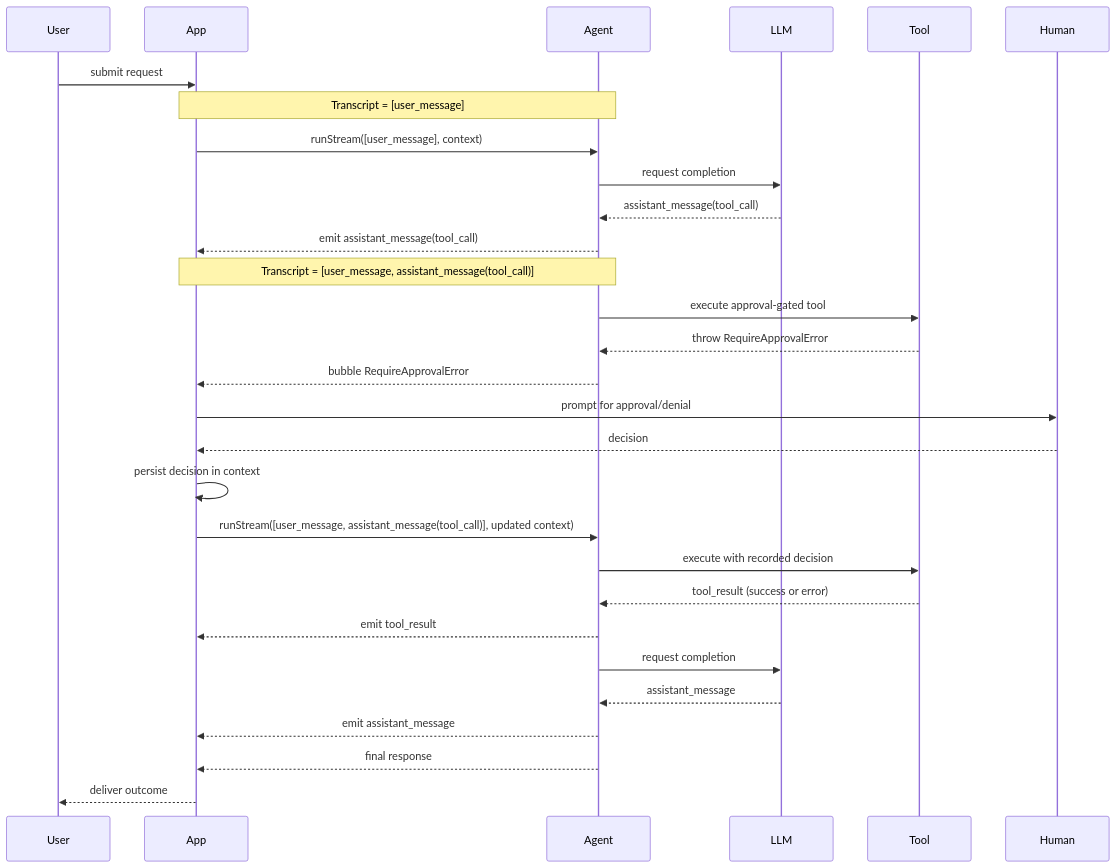
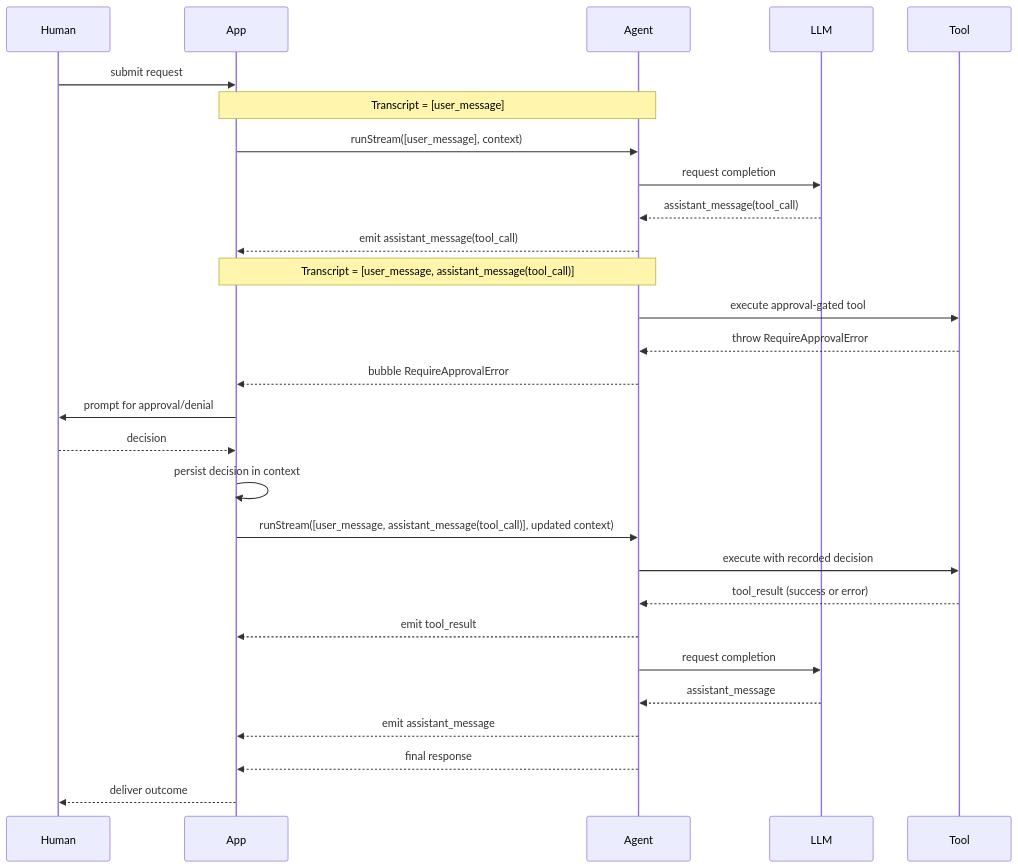
The diagram in website/src/content/docs/agent/human-in-the-loop.mdx (hoangvvo/llm-sdk), drawn with Mermaid before and after one commit. The commit also changed 15 other files, not shown here.

````diff
--- a/website/src/content/docs/agent/human-in-the-loop.mdx
+++ b/website/src/content/docs/agent/human-in-the-loop.mdx
@@ -30,32 +30,31 @@
 ```mermaid
 sequenceDiagram
-    participant User
+    participant Human
     participant App
     participant Agent
     participant LLM
     participant Tool
-    participant Human
 
-    User->>App: submit request
+    Human->>App: submit request
     Note over App,Agent: Transcript = [user_message]
     App->>Agent: runStream([user_message], context)
     Agent->>LLM: request completion
     LLM-->>Agent: assistant_message(tool_call)
     Agent-->>App: emit assistant_message(tool_call)
     Note over App,Agent: Transcript = [user_message, assistant_message(tool_call)]
     Agent->>Tool: execute approval-gated tool
     Tool-->>Agent: throw RequireApprovalError
     Agent-->>App: bubble RequireApprovalError
     App->>Human: prompt for approval/denial
     Human-->>App: decision
     App->>App: persist decision in context
     App->>Agent: runStream([user_message, assistant_message(tool_call)], updated context)
     Agent->>Tool: execute with recorded decision
     Tool-->>Agent: tool_result (success or error)
     Agent-->>App: emit tool_result
     Agent->>LLM: request completion
     LLM-->>Agent: assistant_message
     Agent-->>App: emit assistant_message
     Agent-->>App: final response
-    App-->>User: deliver outcome
+    App-->>Human: deliver outcome
 ```
````
